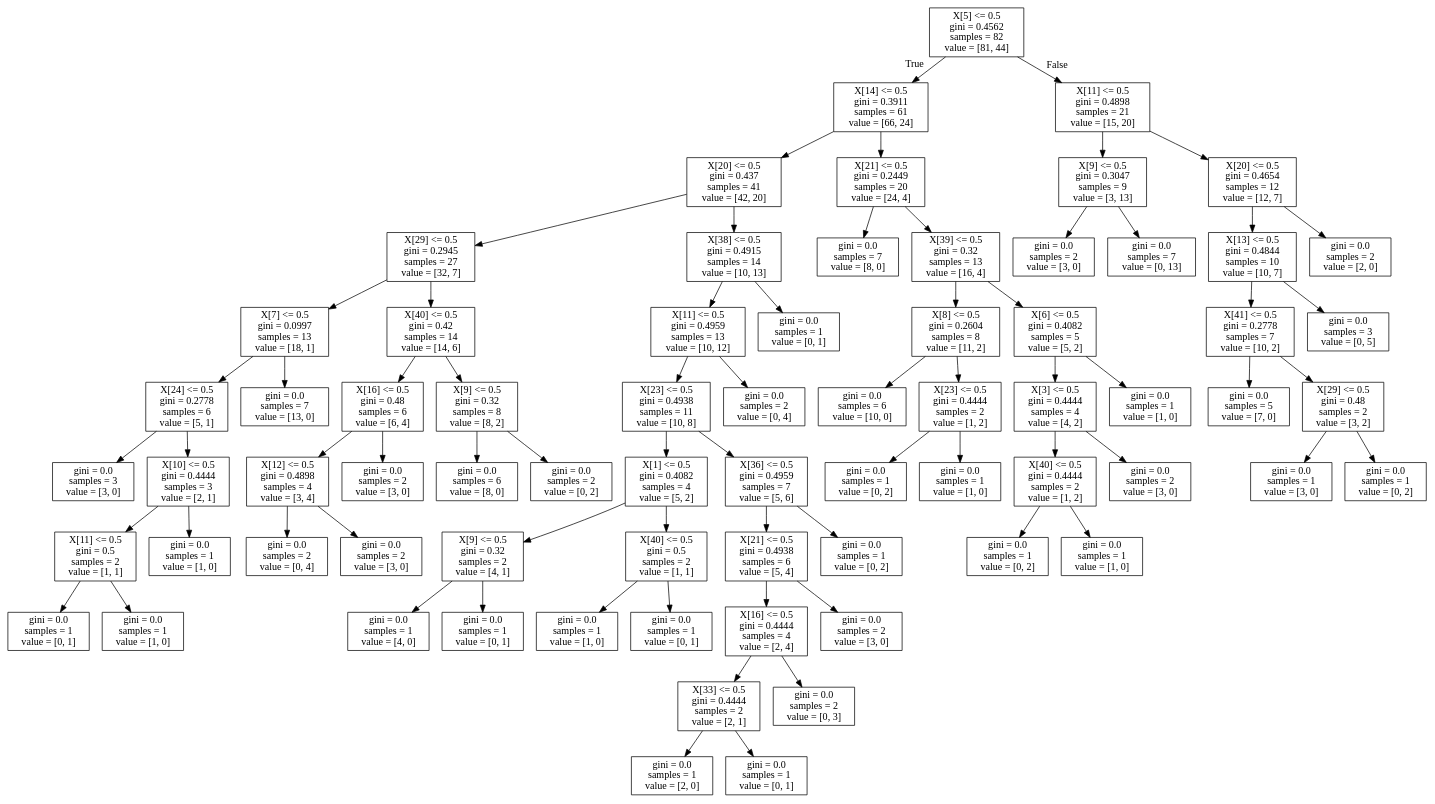
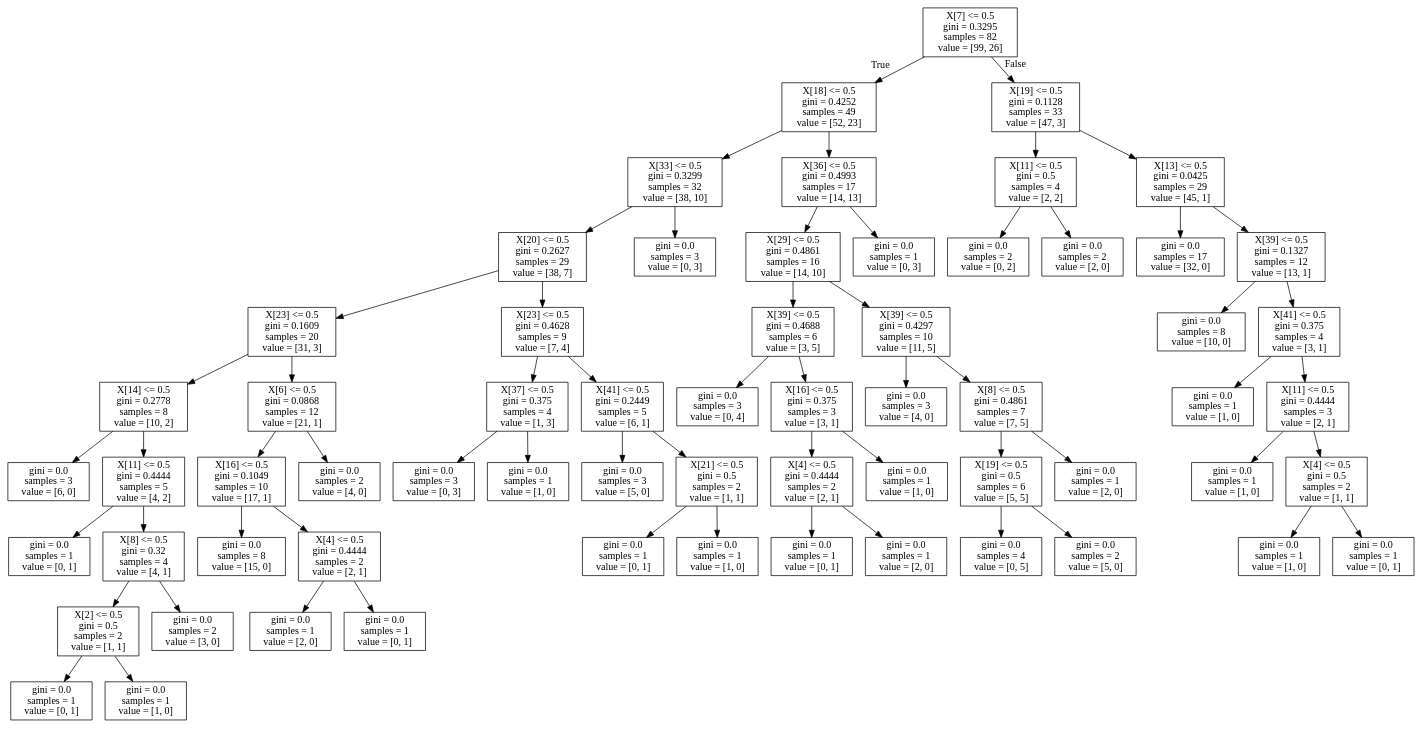
The diagram in tree6.dot (aaronfowles/elastography), drawn with Graphviz before and after one commit. The commit also changed 11 other files, not shown here.

```diff
--- a/tree6.dot
+++ b/tree6.dot
@@ -1,144 +1,128 @@
 digraph Tree {
 node [shape=box] ;
-0 [label="X[5] <= 0.5\ngini = 0.4562\nsamples = 82\nvalue = [81, 44]"] ;
-1 [label="X[14] <= 0.5\ngini = 0.3911\nsamples = 61\nvalue = [66, 24]"] ;
+0 [label="X[7] <= 0.5\ngini = 0.3295\nsamples = 82\nvalue = [99, 26]"] ;
+1 [label="X[18] <= 0.5\ngini = 0.4252\nsamples = 49\nvalue = [52, 23]"] ;
 0 -> 1 [labeldistance=2.5, labelangle=45, headlabel="True"] ;
-2 [label="X[20] <= 0.5\ngini = 0.437\nsamples = 41\nvalue = [42, 20]"] ;
+2 [label="X[33] <= 0.5\ngini = 0.3299\nsamples = 32\nvalue = [38, 10]"] ;
 1 -> 2 ;
-3 [label="X[29] <= 0.5\ngini = 0.2945\nsamples = 27\nvalue = [32, 7]"] ;
+3 [label="X[20] <= 0.5\ngini = 0.2627\nsamples = 29\nvalue = [38, 7]"] ;
 2 -> 3 ;
-4 [label="X[7] <= 0.5\ngini = 0.0997\nsamples = 13\nvalue = [18, 1]"] ;
+4 [label="X[23] <= 0.5\ngini = 0.1609\nsamples = 20\nvalue = [31, 3]"] ;
 3 -> 4 ;
-5 [label="X[24] <= 0.5\ngini = 0.2778\nsamples = 6\nvalue = [5, 1]"] ;
+5 [label="X[14] <= 0.5\ngini = 0.2778\nsamples = 8\nvalue = [10, 2]"] ;
 4 -> 5 ;
-6 [label="gini = 0.0\nsamples = 3\nvalue = [3, 0]"] ;
+6 [label="gini = 0.0\nsamples = 3\nvalue = [6, 0]"] ;
 5 -> 6 ;
-7 [label="X[10] <= 0.5\ngini = 0.4444\nsamples = 3\nvalue = [2, 1]"] ;
+7 [label="X[11] <= 0.5\ngini = 0.4444\nsamples = 5\nvalue = [4, 2]"] ;
 5 -> 7 ;
-8 [label="X[11] <= 0.5\ngini = 0.5\nsamples = 2\nvalue = [1, 1]"] ;
+8 [label="gini = 0.0\nsamples = 1\nvalue = [0, 1]"] ;
 7 -> 8 ;
-9 [label="gini = 0.0\nsamples = 1\nvalue = [0, 1]"] ;
-8 -> 9 ;
-10 [label="gini = 0.0\nsamples = 1\nvalue = [1, 0]"] ;
-8 -> 10 ;
-11 [label="gini = 0.0\nsamples = 1\nvalue = [1, 0]"] ;
-7 -> 11 ;
-12 [label="gini = 0.0\nsamples = 7\nvalue = [13, 0]"] ;
-4 -> 12 ;
-13 [label="X[40] <= 0.5\ngini = 0.42\nsamples = 14\nvalue = [14, 6]"] ;
-3 -> 13 ;
-14 [label="X[16] <= 0.5\ngini = 0.48\nsamples = 6\nvalue = [6, 4]"] ;
-13 -> 14 ;
-15 [label="X[12] <= 0.5\ngini = 0.4898\nsamples = 4\nvalue = [3, 4]"] ;
+9 [label="X[8] <= 0.5\ngini = 0.32\nsamples = 4\nvalue = [4, 1]"] ;
+7 -> 9 ;
+10 [label="X[2] <= 0.5\ngini = 0.5\nsamples = 2\nvalue = [1, 1]"] ;
+9 -> 10 ;
+11 [label="gini = 0.0\nsamples = 1\nvalue = [0, 1]"] ;
+10 -> 11 ;
+12 [label="gini = 0.0\nsamples = 1\nvalue = [1, 0]"] ;
+10 -> 12 ;
+13 [label="gini = 0.0\nsamples = 2\nvalue = [3, 0]"] ;
+9 -> 13 ;
+14 [label="X[6] <= 0.5\ngini = 0.0868\nsamples = 12\nvalue = [21, 1]"] ;
+4 -> 14 ;
+15 [label="X[16] <= 0.5\ngini = 0.1049\nsamples = 10\nvalue = [17, 1]"] ;
 14 -> 15 ;
-16 [label="gini = 0.0\nsamples = 2\nvalue = [0, 4]"] ;
+16 [label="gini = 0.0\nsamples = 8\nvalue = [15, 0]"] ;
 15 -> 16 ;
-17 [label="gini = 0.0\nsamples = 2\nvalue = [3, 0]"] ;
+17 [label="X[4] <= 0.5\ngini = 0.4444\nsamples = 2\nvalue = [2, 1]"] ;
 15 -> 17 ;
-18 [label="gini = 0.0\nsamples = 2\nvalue = [3, 0]"] ;
-14 -> 18 ;
-19 [label="X[9] <= 0.5\ngini = 0.32\nsamples = 8\nvalue = [8, 2]"] ;
-13 -> 19 ;
-20 [label="gini = 0.0\nsamples = 6\nvalue = [8, 0]"] ;
-19 -> 20 ;
-21 [label="gini = 0.0\nsamples = 2\nvalue = [0, 2]"] ;
-19 -> 21 ;
-22 [label="X[38] <= 0.5\ngini = 0.4915\nsamples = 14\nvalue = [10, 13]"] ;
-2 -> 22 ;
-23 [label="X[11] <= 0.5\ngini = 0.4959\nsamples = 13\nvalue = [10, 12]"] ;
+18 [label="gini = 0.0\nsamples = 1\nvalue = [2, 0]"] ;
+17 -> 18 ;
+19 [label="gini = 0.0\nsamples = 1\nvalue = [0, 1]"] ;
+17 -> 19 ;
+20 [label="gini = 0.0\nsamples = 2\nvalue = [4, 0]"] ;
+14 -> 20 ;
+21 [label="X[23] <= 0.5\ngini = 0.4628\nsamples = 9\nvalue = [7, 4]"] ;
+3 -> 21 ;
+22 [label="X[37] <= 0.5\ngini = 0.375\nsamples = 4\nvalue = [1, 3]"] ;
+21 -> 22 ;
+23 [label="gini = 0.0\nsamples = 3\nvalue = [0, 3]"] ;
 22 -> 23 ;
-24 [label="X[23] <= 0.5\ngini = 0.4938\nsamples = 11\nvalue = [10, 8]"] ;
-23 -> 24 ;
-25 [label="X[1] <= 0.5\ngini = 0.4082\nsamples = 4\nvalue = [5, 2]"] ;
-24 -> 25 ;
-26 [label="X[9] <= 0.5\ngini = 0.32\nsamples = 2\nvalue = [4, 1]"] ;
+24 [label="gini = 0.0\nsamples = 1\nvalue = [1, 0]"] ;
+22 -> 24 ;
+25 [label="X[41] <= 0.5\ngini = 0.2449\nsamples = 5\nvalue = [6, 1]"] ;
+21 -> 25 ;
+26 [label="gini = 0.0\nsamples = 3\nvalue = [5, 0]"] ;
 25 -> 26 ;
-27 [label="gini = 0.0\nsamples = 1\nvalue = [4, 0]"] ;
-26 -> 27 ;
+27 [label="X[21] <= 0.5\ngini = 0.5\nsamples = 2\nvalue = [1, 1]"] ;
+25 -> 27 ;
 28 [label="gini = 0.0\nsamples = 1\nvalue = [0, 1]"] ;
-26 -> 28 ;
-29 [label="X[40] <= 0.5\ngini = 0.5\nsamples = 2\nvalue = [1, 1]"] ;
-25 -> 29 ;
-30 [label="gini = 0.0\nsamples = 1\nvalue = [1, 0]"] ;
-29 -> 30 ;
-31 [label="gini = 0.0\nsamples = 1\nvalue = [0, 1]"] ;
-29 -> 31 ;
-32 [label="X[36] <= 0.5\ngini = 0.4959\nsamples = 7\nvalue = [5, 6]"] ;
-24 -> 32 ;
-33 [label="X[21] <= 0.5\ngini = 0.4938\nsamples = 6\nvalue = [5, 4]"] ;
+27 -> 28 ;
+29 [label="gini = 0.0\nsamples = 1\nvalue = [1, 0]"] ;
+27 -> 29 ;
+30 [label="gini = 0.0\nsamples = 3\nvalue = [0, 3]"] ;
+2 -> 30 ;
+31 [label="X[36] <= 0.5\ngini = 0.4993\nsamples = 17\nvalue = [14, 13]"] ;
+1 -> 31 ;
+32 [label="X[29] <= 0.5\ngini = 0.4861\nsamples = 16\nvalue = [14, 10]"] ;
+31 -> 32 ;
+33 [label="X[39] <= 0.5\ngini = 0.4688\nsamples = 6\nvalue = [3, 5]"] ;
 32 -> 33 ;
-34 [label="X[16] <= 0.5\ngini = 0.4444\nsamples = 4\nvalue = [2, 4]"] ;
+34 [label="gini = 0.0\nsamples = 3\nvalue = [0, 4]"] ;
 33 -> 34 ;
-35 [label="X[33] <= 0.5\ngini = 0.4444\nsamples = 2\nvalue = [2, 1]"] ;
-34 -> 35 ;
-36 [label="gini = 0.0\nsamples = 1\nvalue = [2, 0]"] ;
+35 [label="X[16] <= 0.5\ngini = 0.375\nsamples = 3\nvalue = [3, 1]"] ;
+33 -> 35 ;
+36 [label="X[4] <= 0.5\ngini = 0.4444\nsamples = 2\nvalue = [2, 1]"] ;
 35 -> 36 ;
 37 [label="gini = 0.0\nsamples = 1\nvalue = [0, 1]"] ;
-35 -> 37 ;
-38 [label="gini = 0.0\nsamples = 2\nvalue = [0, 3]"] ;
-34 -> 38 ;
-39 [label="gini = 0.0\nsamples = 2\nvalue = [3, 0]"] ;
-33 -> 39 ;
-40 [label="gini = 0.0\nsamples = 1\nvalue = [0, 2]"] ;
+36 -> 37 ;
+38 [label="gini = 0.0\nsamples = 1\nvalue = [2, 0]"] ;
+36 -> 38 ;
+39 [label="gini = 0.0\nsamples = 1\nvalue = [1, 0]"] ;
+35 -> 39 ;
+40 [label="X[39] <= 0.5\ngini = 0.4297\nsamples = 10\nvalue = [11, 5]"] ;
 32 -> 40 ;
-41 [label="gini = 0.0\nsamples = 2\nvalue = [0, 4]"] ;
-23 -> 41 ;
-42 [label="gini = 0.0\nsamples = 1\nvalue = [0, 1]"] ;
-22 -> 42 ;
-43 [label="X[21] <= 0.5\ngini = 0.2449\nsamples = 20\nvalue = [24, 4]"] ;
-1 -> 43 ;
-44 [label="gini = 0.0\nsamples = 7\nvalue = [8, 0]"] ;
+41 [label="gini = 0.0\nsamples = 3\nvalue = [4, 0]"] ;
+40 -> 41 ;
+42 [label="X[8] <= 0.5\ngini = 0.4861\nsamples = 7\nvalue = [7, 5]"] ;
+40 -> 42 ;
+43 [label="X[19] <= 0.5\ngini = 0.5\nsamples = 6\nvalue = [5, 5]"] ;
+42 -> 43 ;
+44 [label="gini = 0.0\nsamples = 4\nvalue = [0, 5]"] ;
 43 -> 44 ;
-45 [label="X[39] <= 0.5\ngini = 0.32\nsamples = 13\nvalue = [16, 4]"] ;
+45 [label="gini = 0.0\nsamples = 2\nvalue = [5, 0]"] ;
 43 -> 45 ;
-46 [label="X[8] <= 0.5\ngini = 0.2604\nsamples = 8\nvalue = [11, 2]"] ;
-45 -> 46 ;
-47 [label="gini = 0.0\nsamples = 6\nvalue = [10, 0]"] ;
-46 -> 47 ;
-48 [label="X[23] <= 0.5\ngini = 0.4444\nsamples = 2\nvalue = [1, 2]"] ;
-46 -> 48 ;
-49 [label="gini = 0.0\nsamples = 1\nvalue = [0, 2]"] ;
+46 [label="gini = 0.0\nsamples = 1\nvalue = [2, 0]"] ;
+42 -> 46 ;
+47 [label="gini = 0.0\nsamples = 1\nvalue = [0, 3]"] ;
+31 -> 47 ;
+48 [label="X[19] <= 0.5\ngini = 0.1128\nsamples = 33\nvalue = [47, 3]"] ;
+0 -> 48 [labeldistance=2.5, labelangle=-45, headlabel="False"] ;
+49 [label="X[11] <= 0.5\ngini = 0.5\nsamples = 4\nvalue = [2, 2]"] ;
 48 -> 49 ;
-50 [label="gini = 0.0\nsamples = 1\nvalue = [1, 0]"] ;
-48 -> 50 ;
-51 [label="X[6] <= 0.5\ngini = 0.4082\nsamples = 5\nvalue = [5, 2]"] ;
-45 -> 51 ;
-52 [label="X[3] <= 0.5\ngini = 0.4444\nsamples = 4\nvalue = [4, 2]"] ;
-51 -> 52 ;
-53 [label="X[40] <= 0.5\ngini = 0.4444\nsamples = 2\nvalue = [1, 2]"] ;
+50 [label="gini = 0.0\nsamples = 2\nvalue = [0, 2]"] ;
+49 -> 50 ;
+51 [label="gini = 0.0\nsamples = 2\nvalue = [2, 0]"] ;
+49 -> 51 ;
+52 [label="X[13] <= 0.5\ngini = 0.0425\nsamples = 29\nvalue = [45, 1]"] ;
+48 -> 52 ;
+53 [label="gini = 0.0\nsamples = 17\nvalue = [32, 0]"] ;
 52 -> 53 ;
-54 [label="gini = 0.0\nsamples = 1\nvalue = [0, 2]"] ;
-53 -> 54 ;
-55 [label="gini = 0.0\nsamples = 1\nvalue = [1, 0]"] ;
-53 -> 55 ;
-56 [label="gini = 0.0\nsamples = 2\nvalue = [3, 0]"] ;
-52 -> 56 ;
+54 [label="X[39] <= 0.5\ngini = 0.1327\nsamples = 12\nvalue = [13, 1]"] ;
+52 -> 54 ;
+55 [label="gini = 0.0\nsamples = 8\nvalue = [10, 0]"] ;
+54 -> 55 ;
+56 [label="X[41] <= 0.5\ngini = 0.375\nsamples = 4\nvalue = [3, 1]"] ;
+54 -> 56 ;
 57 [label="gini = 0.0\nsamples = 1\nvalue = [1, 0]"] ;
-51 -> 57 ;
-58 [label="X[11] <= 0.5\ngini = 0.4898\nsamples = 21\nvalue = [15, 20]"] ;
-0 -> 58 [labeldistance=2.5, labelangle=-45, headlabel="False"] ;
-59 [label="X[9] <= 0.5\ngini = 0.3047\nsamples = 9\nvalue = [3, 13]"] ;
+56 -> 57 ;
+58 [label="X[11] <= 0.5\ngini = 0.4444\nsamples = 3\nvalue = [2, 1]"] ;
+56 -> 58 ;
+59 [label="gini = 0.0\nsamples = 1\nvalue = [1, 0]"] ;
 58 -> 59 ;
-60 [label="gini = 0.0\nsamples = 2\nvalue = [3, 0]"] ;
-59 -> 60 ;
-61 [label="gini = 0.0\nsamples = 7\nvalue = [0, 13]"] ;
-59 -> 61 ;
-62 [label="X[20] <= 0.5\ngini = 0.4654\nsamples = 12\nvalue = [12, 7]"] ;
-58 -> 62 ;
-63 [label="X[13] <= 0.5\ngini = 0.4844\nsamples = 10\nvalue = [10, 7]"] ;
-62 -> 63 ;
-64 [label="X[41] <= 0.5\ngini = 0.2778\nsamples = 7\nvalue = [10, 2]"] ;
-63 -> 64 ;
-65 [label="gini = 0.0\nsamples = 5\nvalue = [7, 0]"] ;
-64 -> 65 ;
-66 [label="X[29] <= 0.5\ngini = 0.48\nsamples = 2\nvalue = [3, 2]"] ;
-64 -> 66 ;
-67 [label="gini = 0.0\nsamples = 1\nvalue = [3, 0]"] ;
-66 -> 67 ;
-68 [label="gini = 0.0\nsamples = 1\nvalue = [0, 2]"] ;
-66 -> 68 ;
-69 [label="gini = 0.0\nsamples = 3\nvalue = [0, 5]"] ;
-63 -> 69 ;
-70 [label="gini = 0.0\nsamples = 2\nvalue = [2, 0]"] ;
-62 -> 70 ;
+60 [label="X[4] <= 0.5\ngini = 0.5\nsamples = 2\nvalue = [1, 1]"] ;
+58 -> 60 ;
+61 [label="gini = 0.0\nsamples = 1\nvalue = [1, 0]"] ;
+60 -> 61 ;
+62 [label="gini = 0.0\nsamples = 1\nvalue = [0, 1]"] ;
+60 -> 62 ;
 }
```
